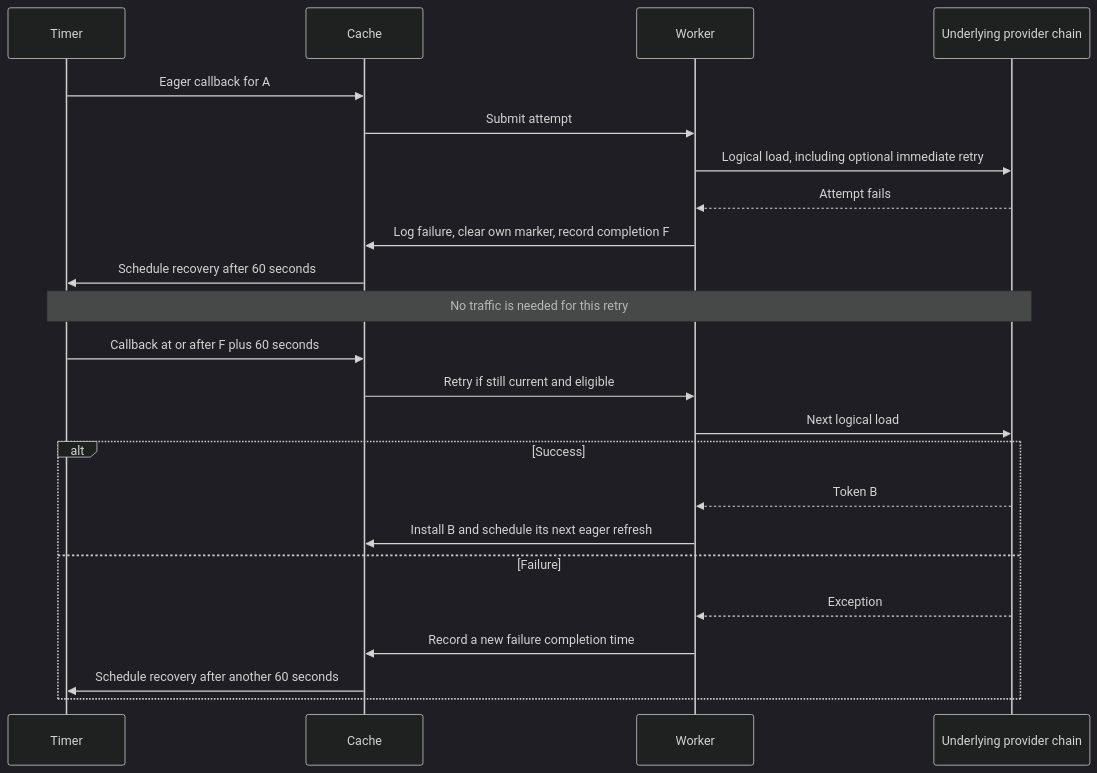
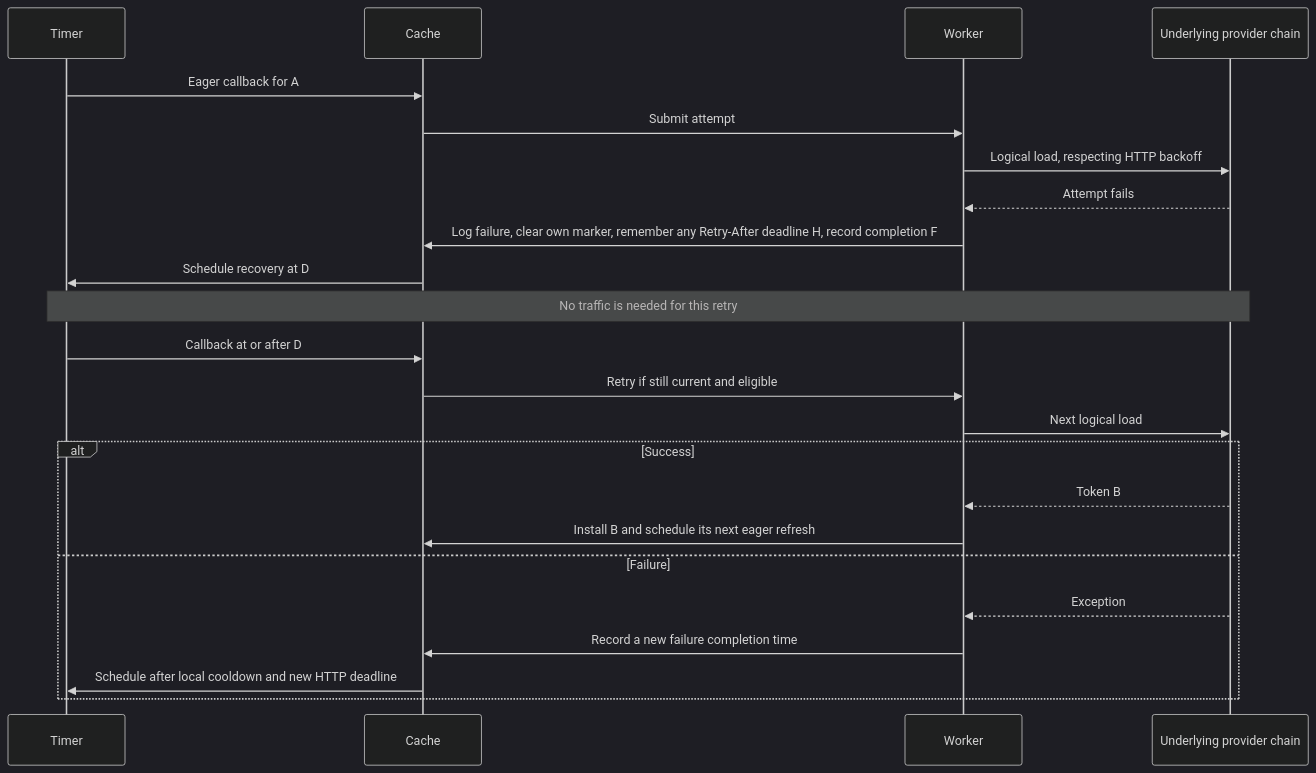
Before and after one commit to entur/jwt-resource-server: the fifth of 11 diagrams in jwt-client/docs/eager-preemptive-refresh/README.md, drawn with Mermaid (dark theme). The commit also changed other lines of this file and 41 other files, not shown here.

First line of the commit message:
feat!: honor Retry-After and back off failed token requests (#458)

````diff
--- a/jwt-client/docs/eager-preemptive-refresh/README.md
+++ b/jwt-client/docs/eager-preemptive-refresh/README.md
@@ -135,25 +135,25 @@
 ```mermaid
 sequenceDiagram
     participant Timer
     participant Cache
     participant Worker
     participant Provider as Underlying provider chain
     Timer->>Cache: Eager callback for A
     Cache->>Worker: Submit attempt
-    Worker->>Provider: Logical load, including optional immediate retry
+    Worker->>Provider: Logical load, respecting HTTP backoff
     Provider-->>Worker: Attempt fails
-    Worker->>Cache: Log failure, clear own marker, record completion F
-    Cache->>Timer: Schedule recovery after 60 seconds
+    Worker->>Cache: Log failure, clear own marker, remember any Retry-After deadline H, record completion F
+    Cache->>Timer: Schedule recovery at D
     Note over Timer,Provider: No traffic is needed for this retry
-    Timer->>Cache: Callback at or after F plus 60 seconds
+    Timer->>Cache: Callback at or after D
     Cache->>Worker: Retry if still current and eligible
     Worker->>Provider: Next logical load
     alt Success
         Provider-->>Worker: Token B
         Worker->>Cache: Install B and schedule its next eager refresh
     else Failure
         Provider-->>Worker: Exception
         Worker->>Cache: Record a new failure completion time
-        Cache->>Timer: Schedule recovery after another 60 seconds
+        Cache->>Timer: Schedule after local cooldown and new HTTP deadline
     end
 ```
````
